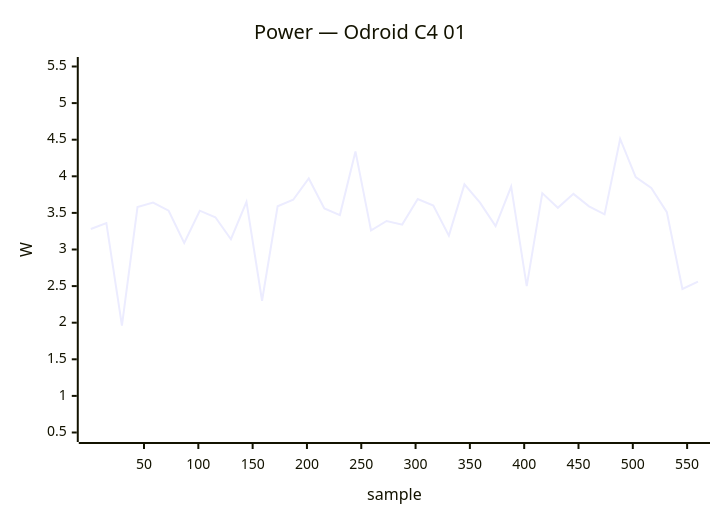
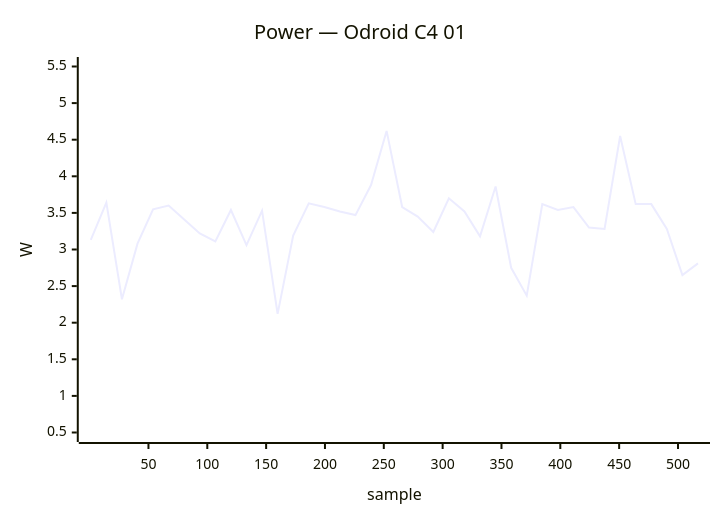
One commit to armbian/documentation changed the third of 34 diagrams in docs/status/board-tests.md. Above: the diagram before and after it, drawn with Mermaid. The commit also changed other lines of this file, not shown here.

````diff
--- a/docs/status/board-tests.md
+++ b/docs/status/board-tests.md
@@ -157,7 +157,7 @@
 ```mermaid
 xychart-beta
     title "Power — Odroid C4 01"
-    x-axis "sample" 1 --> 560
+    x-axis "sample" 1 --> 517
     y-axis "W" 0.5 --> 5.5
-    line [3.28, 3.36, 1.96, 3.58, 3.64, 3.53, 3.09, 3.53, 3.44, 3.14, 3.65, 2.30, 3.59, 3.68, 3.97, 3.56, 3.47, 4.34, 3.26, 3.39, 3.34, 3.69, 3.60, 3.19, 3.89, 3.64, 3.32, 3.86, 2.50, 3.77, 3.57, 3.76, 3.59, 3.48, 4.51, 3.99, 3.84, 3.51, 2.46, 2.56]
+    line [3.13, 3.64, 2.32, 3.08, 3.55, 3.60, 3.41, 3.22, 3.11, 3.54, 3.06, 3.53, 2.12, 3.19, 3.63, 3.58, 3.52, 3.47, 3.88, 4.62, 3.58, 3.45, 3.24, 3.70, 3.52, 3.18, 3.86, 2.75, 2.37, 3.62, 3.54, 3.58, 3.30, 3.28, 4.55, 3.62, 3.62, 3.28, 2.65, 2.81]
 ```
````
